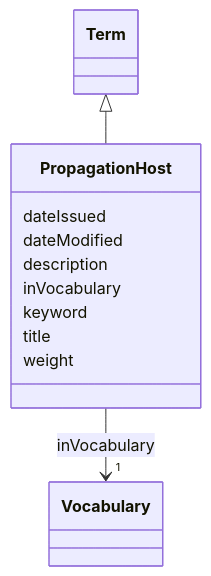
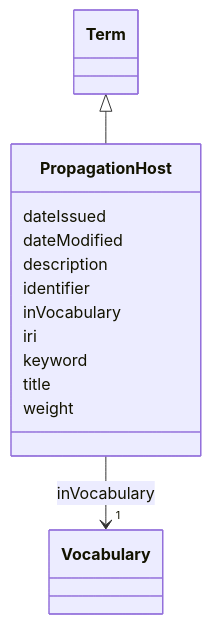
The diagram in models/docs/PropagationHost.md (EVORA-project/evora-ontology), drawn with Mermaid before and after one commit. The commit also changed other lines of this file and 391 other files, not shown here.

````diff
--- a/models/docs/PropagationHost.md
+++ b/models/docs/PropagationHost.md
@@ -19,30 +19,34 @@
 ```mermaid
  classDiagram
     class PropagationHost
     click PropagationHost href "../PropagationHost"
       Term <|-- PropagationHost
         click Term href "../Term"
       
       PropagationHost : dateIssued
         
       PropagationHost : dateModified
         
       PropagationHost : description
         
+      PropagationHost : identifier
+        
       PropagationHost : inVocabulary
         
           
     
     
     PropagationHost --> "1" Vocabulary : inVocabulary
     click Vocabulary href "../Vocabulary"
 
         
+      PropagationHost : iri
+        
       PropagationHost : keyword
         
       PropagationHost : title
         
       PropagationHost : weight
         
       
 ```
````
